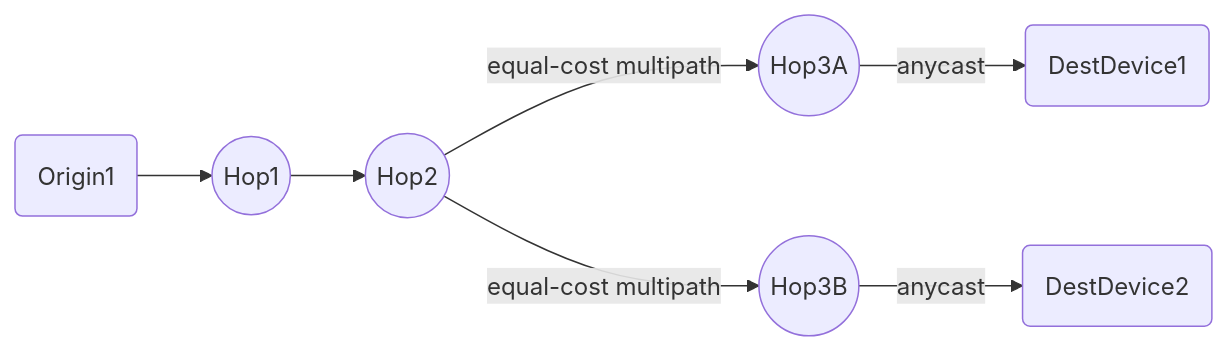
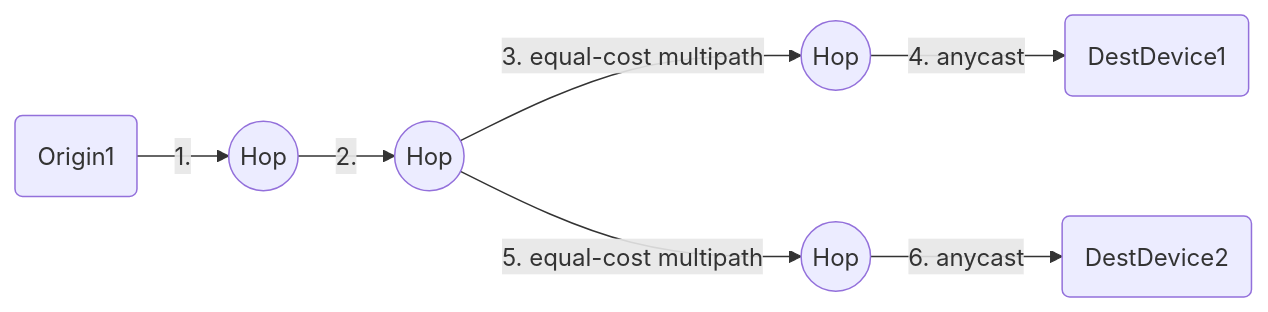
One commit to Cori1109/Cori1109.github.io changed the second of 2 diagrams in content/post/tcp-anycast-shift.md. Above: the diagram before and after it, drawn with Mermaid. The commit also changed other lines of this file, not shown here.

````diff
--- a/content/post/tcp-anycast-shift.md
+++ b/content/post/tcp-anycast-shift.md
@@ -72,16 +72,16 @@
 ```mermaid
 graph LR
 %%{init:{'flowchart':{'nodeSpacing': 80, 'rankSpacing': 50}}}%%
 
 Origin(Origin1)
 DestDeviceOne(DestDevice1)
 DestDeviceTwo(DestDevice2)
-HopOne((Hop1))
-HopTwo((Hop2))
-HopThreeA((Hop3A))
-HopThreeB((Hop3B))
+HopOne((Hop))
+HopTwo((Hop))
+HopThreeA((Hop))
+HopThreeB((Hop))
 
-Origin --> HopOne --> HopTwo
-HopTwo -->|equal-cost multipath| HopThreeA --> |anycast| DestDeviceOne
-HopTwo -->|equal-cost multipath| HopThreeB --> |anycast| DestDeviceTwo
+Origin -->|1.| HopOne -->|2.| HopTwo
+HopTwo -->|3. equal-cost multipath| HopThreeA --> |4. anycast| DestDeviceOne
+HopTwo -->|5. equal-cost multipath| HopThreeB --> |6. anycast| DestDeviceTwo
 ```
````
